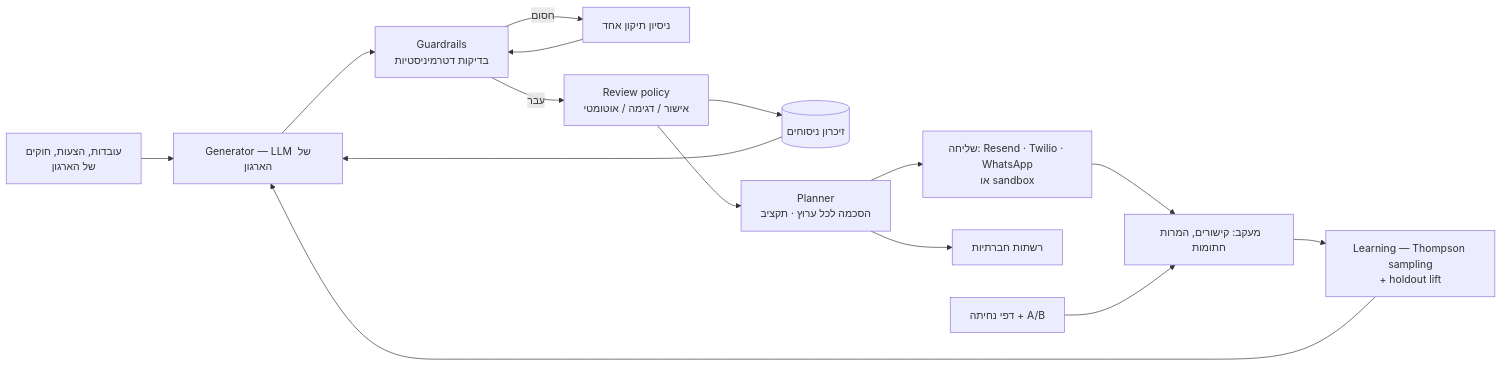
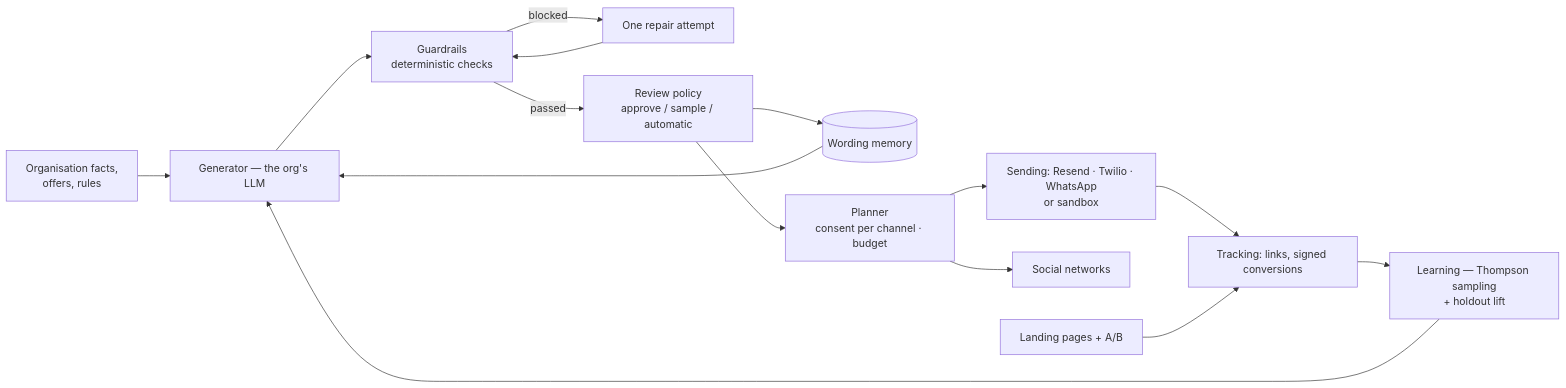
The diagram in projects/04-growth-engine.md (danidliod/ai-projects-portfolio), drawn with Mermaid before and after one commit. The commit also changed other lines of this file and 10 other files, not shown here.

````diff
--- a/projects/04-growth-engine.md
+++ b/projects/04-growth-engine.md
@@ -37,16 +37,16 @@
 ```mermaid
 flowchart LR
-  F[עובדות, הצעות, חוקים<br/>של הארגון] --> G[Generator — LLM של הארגון]
-  G --> GR[Guardrails<br/>בדיקות דטרמיניסטיות]
-  GR -- חסום --> FIX[ניסיון תיקון אחד] --> GR
-  GR -- עבר --> RV[Review policy<br/>אישור / דגימה / אוטומטי]
-  RV --> MEM[(זיכרון ניסוחים)]
-  RV --> PL[Planner<br/>הסכמה לכל ערוץ · תקציב]
-  PL --> SND[שליחה: Resend · Twilio · WhatsApp<br/>או sandbox]
-  PL --> SOC[רשתות חברתיות]
-  SND --> TR[מעקב: קישורים, המרות חתומות]
-  LP[דפי נחיתה + A/B] --> TR
+  F[Organisation facts,<br/>offers, rules] --> G[Generator — the org's LLM]
+  G --> GR[Guardrails<br/>deterministic checks]
+  GR -- blocked --> FIX[One repair attempt] --> GR
+  GR -- passed --> RV[Review policy<br/>approve / sample / automatic]
+  RV --> MEM[(Wording memory)]
+  RV --> PL[Planner<br/>consent per channel · budget]
+  PL --> SND[Sending: Resend · Twilio · WhatsApp<br/>or sandbox]
+  PL --> SOC[Social networks]
+  SND --> TR[Tracking: links, signed conversions]
+  LP[Landing pages + A/B] --> TR
   TR --> L[Learning — Thompson sampling<br/>+ holdout lift]
   L --> G
   MEM --> G
 ```
````
